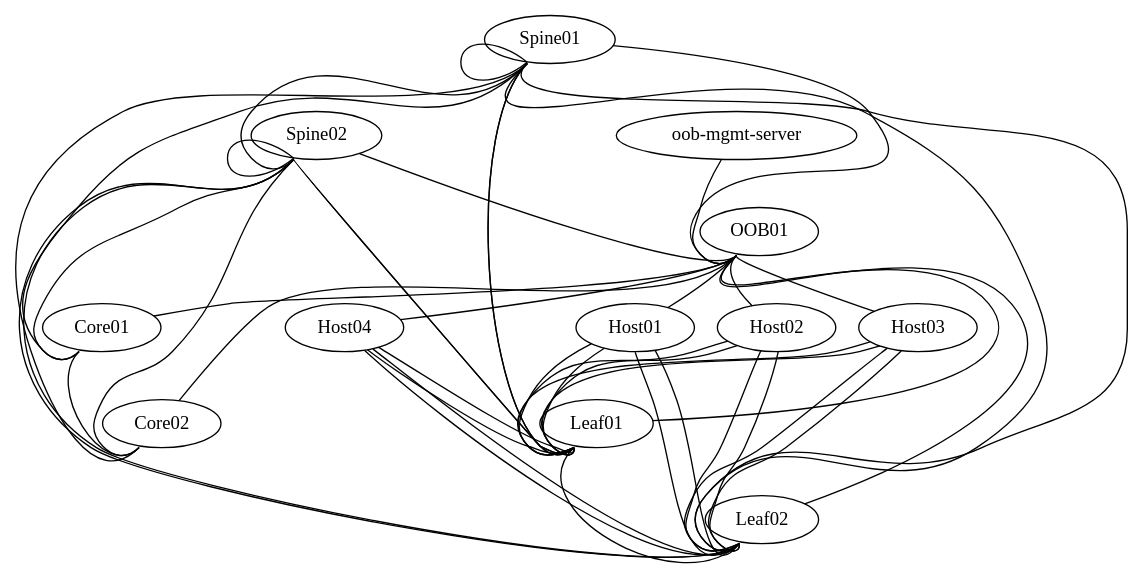
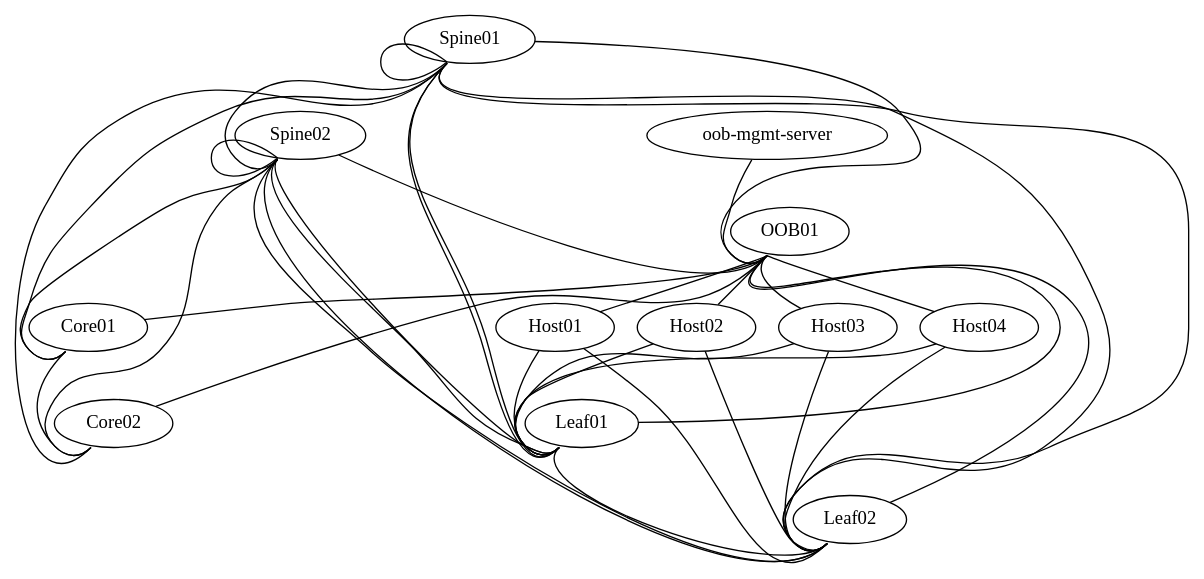
One commit to jhaydel/051616PoC changed the diagram in DOT_Files/2Leaf_LAG.dot. Above: the diagram before and after it, drawn with Graphviz. The commit also changed 12 other files, not shown here.

```diff
--- a/DOT_Files/2Leaf_LAG.dot
+++ b/DOT_Files/2Leaf_LAG.dot
@@ -1,78 +1,70 @@
 graph dc1 {
 
  "Core01" [function="core" os="CumulusCommunity/cumulus-vx" memory="300" config="./helper_scripts/extra_switch_config.sh"]
  "Core02" [function="core" os="CumulusCommunity/cumulus-vx" memory="300" config="./helper_scripts/extra_switch_config.sh"]
 
  "Spine01" [function="spine" os="CumulusCommunity/cumulus-vx" memory="300" config="./helper_scripts/extra_switch_config.sh"]
  "Spine02" [function="spine" os="CumulusCommunity/cumulus-vx" memory="300" config="./helper_scripts/extra_switch_config.sh"]
 
  "Leaf01" [function="leaf" os="CumulusCommunity/cumulus-vx" memory="300" config="./helper_scripts/extra_switch_config.sh"]
  "Leaf02" [function="leaf" os="CumulusCommunity/cumulus-vx" memory="300" config="./helper_scripts/extra_switch_config.sh"]
 
 
  "Host01" [function="host" os="CumulusCommunity/cumulus-vx" memory="300" config="./helper_scripts/extra_host_config.sh"]
  "Host02" [function="host" os="CumulusCommunity/cumulus-vx" memory="300" config="./helper_scripts/extra_host_config.sh"]
  "Host03" [function="host" os="CumulusCommunity/cumulus-vx" memory="300" config="./helper_scripts/extra_host_config.sh"]
  "Host04" [function="host" os="CumulusCommunity/cumulus-vx" memory="300" config="./helper_scripts/extra_host_config.sh"]
 
  "OOB01" [function="oob" os="CumulusCommunity/cumulus-vx" memory="300" config="./helper_scripts/OOB_Switch_Config.sh"]
  "oob-mgmt-server" [function="oob-server" os="boxcutter/ubuntu1404" memory="400" ubuntu=True config="./helper_scripts/OOB_Mgmt_Config.sh"]
 
-   "Core01":"swp48" -- "Core02":"swp48"
+   "Core01":"swp1" -- "Core02":"swp1"
 
-   "Spine01":"swp20" -- "Core01":"swp1"
-   "Spine01":"swp21" -- "Core02":"swp1"
-   "Spine02":"swp20" -- "Core01":"swp2"
-   "Spine02":"swp21" -- "Core02":"swp2"
+   "Spine01":"swp20" -- "Core01":"swp11"
+   "Spine01":"swp21" -- "Core02":"swp11"
+   "Spine02":"swp20" -- "Core01":"swp12"
+   "Spine02":"swp21" -- "Core02":"swp12"
 
    "Spine01":"swp1" -- "Spine02":"swp1"
-   "Spine01":"swp2" -- "Spine01":"swp3"
-   "Spine02":"swp2" -- "Spine02":"swp3"
+   "Spine01":"swp3" -- "Spine01":"swp4"
+   "Spine02":"swp3" -- "Spine02":"swp4"
 
    "Spine01":"eth0" -- "OOB01":"swp1"
    "Spine02":"eth0" -- "OOB01":"swp2"
 
    "Leaf01":"swp43" -- "Spine01":"swp32s0"
    "Leaf01":"swp44" -- "Spine01":"swp32s1"
    "Leaf01":"swp45" -- "Spine02":"swp32s0"
    "Leaf01":"swp46" -- "Spine02":"swp32s1"
 
    "Leaf02":"swp43" -- "Spine01":"swp32s2"
    "Leaf02":"swp44" -- "Spine01":"swp32s3"
    "Leaf02":"swp45" -- "Spine02":"swp32s2"
    "Leaf02":"swp46" -- "Spine02":"swp32s3"
 
    "Leaf01":"swp48" -- "Leaf02":"swp48"
 
    "Leaf01":"eth0" -- "OOB01":"swp3"
    "Leaf02":"eth0" -- "OOB01":"swp4"
 
    "Host01":"eth0" -- "Leaf01":"swp1"
-   "Host01":"eth1" -- "Leaf01":"swp2"
-   "Host01":"eth2" -- "Leaf02":"swp1"
-   "Host01":"eth3" -- "Leaf02":"swp2"
+   "Host01":"eth1" -- "Leaf02":"swp1"
 
    "Host02":"eth0" -- "Leaf01":"swp5"
-   "Host02":"eth1" -- "Leaf01":"swp6"
-   "Host02":"eth2" -- "Leaf02":"swp5"
-   "Host02":"eth3" -- "Leaf02":"swp6"
+   "Host02":"eth1" -- "Leaf02":"swp5"
 
    "Host03":"eth0" -- "Leaf01":"swp9"
-   "Host03":"eth1" -- "Leaf01":"swp10"
-   "Host03":"eth2" -- "Leaf02":"swp9"
-   "Host03":"eth3" -- "Leaf02":"swp10"
+   "Host03":"eth1" -- "Leaf02":"swp9"
 
    "Host04":"eth0" -- "Leaf01":"swp13"
-   "Host04":"eth1" -- "Leaf01":"swp14"
-   "Host04":"eth2" -- "Leaf02":"swp13"
-   "Host04":"eth3" -- "Leaf02":"swp14"
+   "Host04":"eth1" -- "Leaf02":"swp13"
    
-   "oob-mgmt-server":"eth1" -- "OOB01":"swp5"
+   "oob-mgmt-server":"eth1" -- "OOB01":"swp24"
    "OOB01":"swp6" -- "Core01":"eth0"
    "OOB01":"swp7" -- "Core02":"eth0"
    "OOB01":"swp8" -- "Host01":"eth4"
    "OOB01":"swp9" -- "Host02":"eth4"
    "OOB01":"swp10" -- "Host03":"eth4"
    "OOB01":"swp11" -- "Host04":"eth4"
    
 }
```
